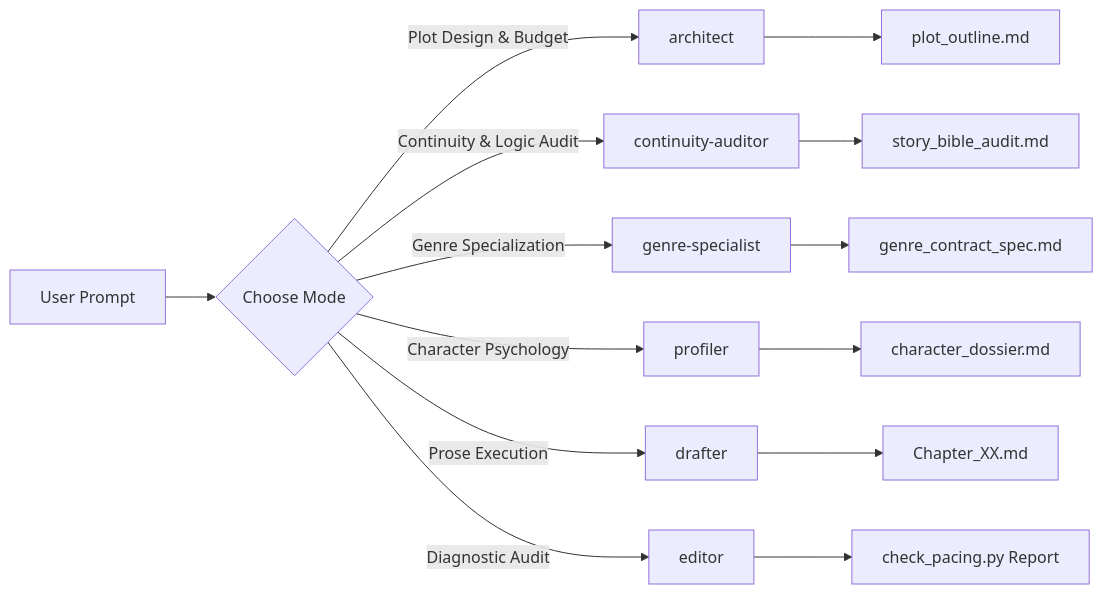
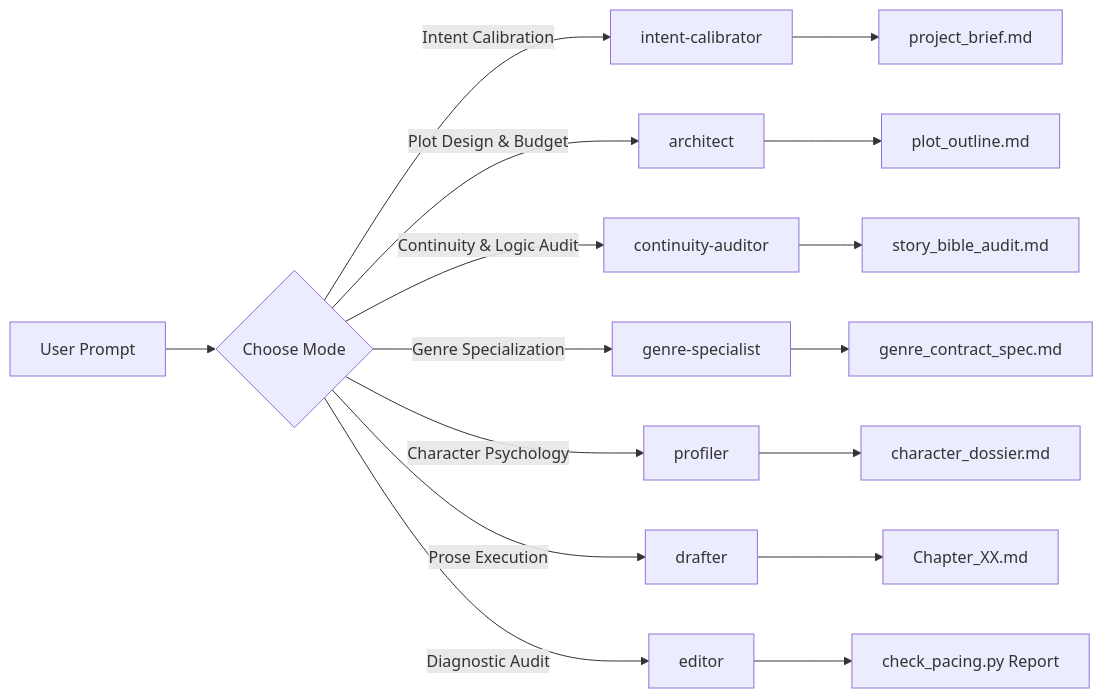
One commit to Rangga11268/novel-writing-craft-skill changed the diagram in README.md. Above: the diagram before and after it, drawn with Mermaid. The commit also changed other lines of this file and 4 other files, not shown here.

Commit message:
feat(v1.9.0): add 9 master genre playbooks, adaptive user intent calibration, and project brief template

````diff
--- a/README.md
+++ b/README.md
@@ -207,17 +225,19 @@
 ```mermaid
 flowchart LR
     A[User Prompt] --> B{Choose Mode}
+    B -->|Intent Calibration| IC[intent-calibrator]
     B -->|Plot Design & Budget| C[architect]
     B -->|Continuity & Logic Audit| CA[continuity-auditor]
     B -->|Genre Specialization| D[genre-specialist]
     B -->|Character Psychology| E[profiler]
     B -->|Prose Execution| F[drafter]
     B -->|Diagnostic Audit| G[editor]
 
+    IC --> HB[project_brief.md]
     C --> H[plot_outline.md]
     CA --> CAL[story_bible_audit.md]
     D --> I[genre_contract_spec.md]
     E --> J[character_dossier.md]
     F --> K[Chapter_XX.md]
     G --> L[check_pacing.py Report]
 ```
````
